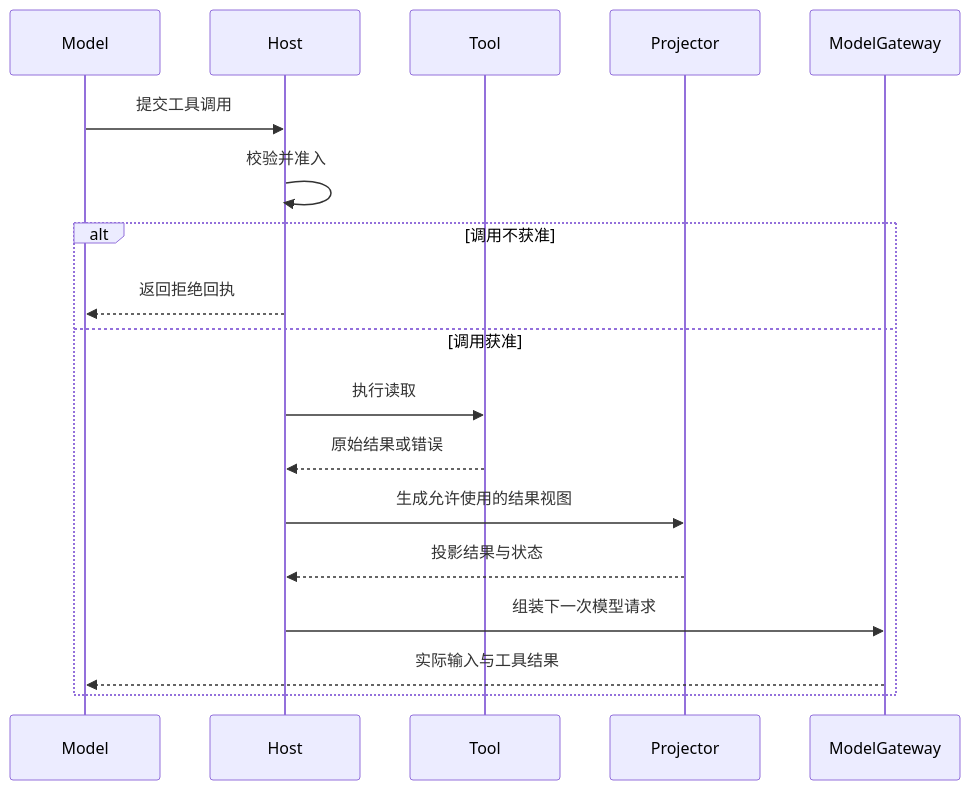
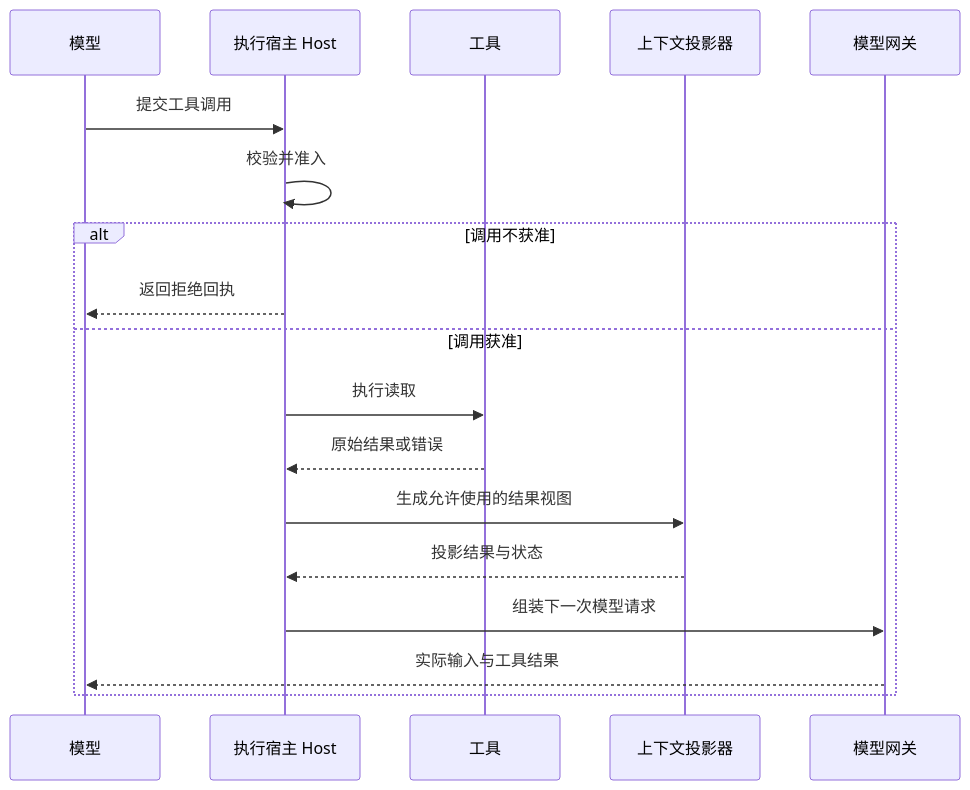
The diagram in articles/agent-tool-lifecycle-and-model-input.md (hpoenixf/eff-agent-article), drawn with Mermaid before and after one commit. The commit also changed 52 other files, not shown here.

Commit message:
docs: localize diagrams and clarify flagship guides

````diff
--- a/articles/agent-tool-lifecycle-and-model-input.md
+++ b/articles/agent-tool-lifecycle-and-model-input.md
@@ -17,20 +17,20 @@
 ```mermaid
 sequenceDiagram
-  participant M as Model
-  participant H as Host
-  participant T as Tool
-  participant P as Projector
-  participant G as ModelGateway
+  participant M as 模型
+  participant H as 执行宿主 Host
+  participant T as 工具
+  participant P as 上下文投影器
+  participant G as 模型网关
   M->>H: 提交工具调用
   H->>H: 校验并准入
   alt 调用不获准
     H-->>M: 返回拒绝回执
   else 调用获准
     H->>T: 执行读取
     T-->>H: 原始结果或错误
     H->>P: 生成允许使用的结果视图
     P-->>H: 投影结果与状态
     H->>G: 组装下一次模型请求
     G-->>M: 实际输入与工具结果
   end
 ```
````
